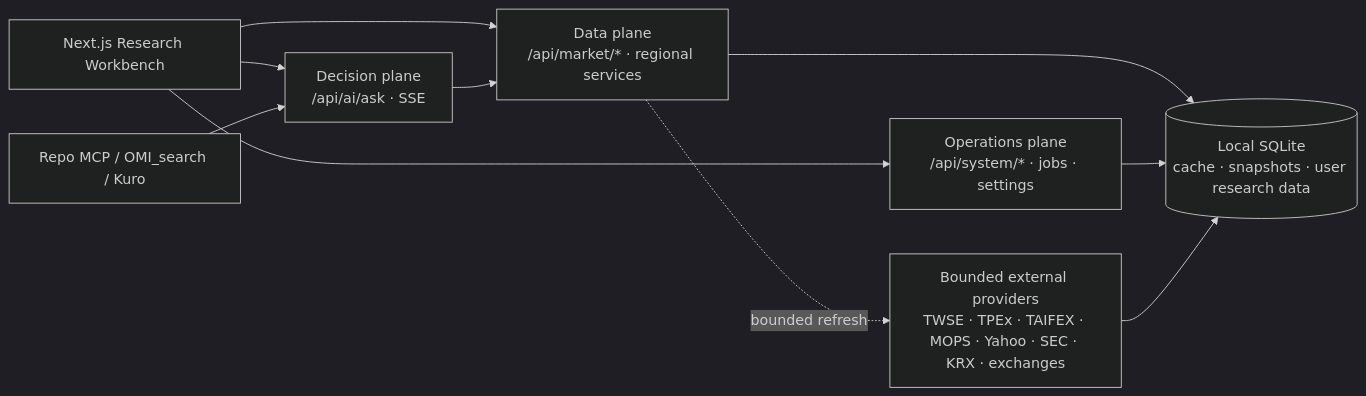
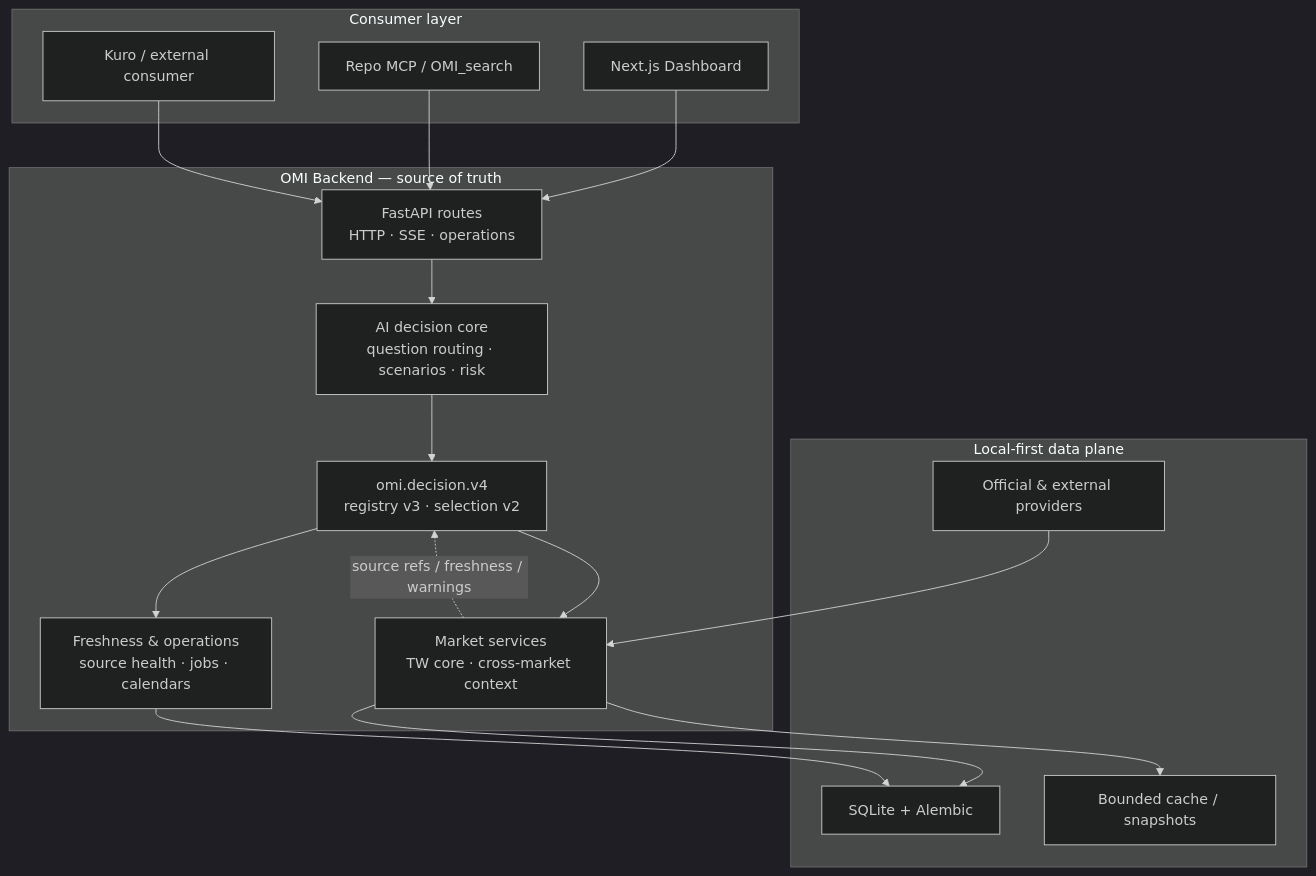
Before and after one commit to lulu930128/open-market-intelligence: the second of 2 diagrams in README.md, drawn with Mermaid (dark theme). The commit also changed other lines of this file and 5 other files, not shown here.

````diff
--- a/README.md
+++ b/README.md
@@ -112,20 +105,35 @@
 ```mermaid
-flowchart LR
-    UI["Next.js Research Workbench"]
-    MCP["Repo MCP / OMI_search / Kuro"]
-    AI["Decision plane<br/>/api/ai/ask · SSE"]
-    DATA["Data plane<br/>/api/market/* · regional services"]
-    OPS["Operations plane<br/>/api/system/* · jobs · settings"]
-    DB[("Local SQLite<br/>cache · snapshots · user research data")]
-    PROVIDERS["Bounded external providers<br/>TWSE · TPEx · TAIFEX · MOPS · Yahoo · SEC · KRX · exchanges"]
+flowchart TB
+    subgraph Consumers["Consumer layer"]
+        UI["Next.js Dashboard"]
+        MCP["Repo MCP / OMI_search"]
+        KURO["Kuro / external consumer"]
+    end
 
-    UI --> AI
-    UI --> DATA
-    UI --> OPS
-    MCP --> AI
-    AI --> DATA
-    DATA --> DB
+    subgraph Backend["OMI Backend — source of truth"]
+        API["FastAPI routes\nHTTP · SSE · operations"]
+        CORE["AI decision core\nquestion routing · scenarios · risk"]
+        CONTRACT["omi.decision.v4\nregistry v3 · selection v2"]
+        MARKET["Market services\nTW core · cross-market context"]
+        OPS["Freshness & operations\nsource health · jobs · calendars"]
+    end
+
+    subgraph Data["Local-first data plane"]
+        DB["SQLite + Alembic"]
+        CACHE["Bounded cache / snapshots"]
+        PROVIDERS["Official & external providers"]
+    end
+
+    UI --> API
+    MCP --> API
+    KURO --> API
+    API --> CORE
+    CORE --> CONTRACT
+    CONTRACT --> MARKET
+    CONTRACT --> OPS
+    MARKET --> DB
+    MARKET --> CACHE
     OPS --> DB
-    DATA -. bounded refresh .-> PROVIDERS
-    PROVIDERS --> DB
+    PROVIDERS --> MARKET
+    MARKET -. "source refs / freshness / warnings" .-> CONTRACT
 ```
````
